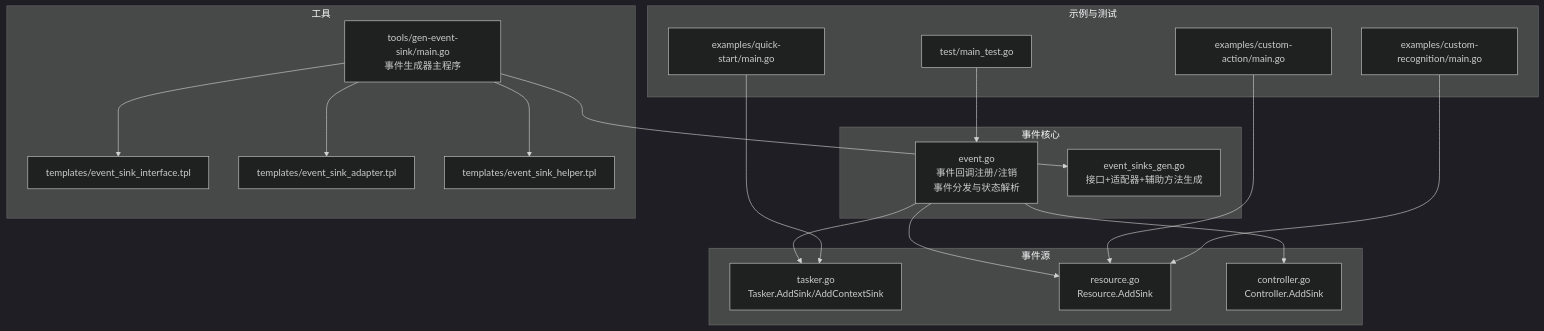
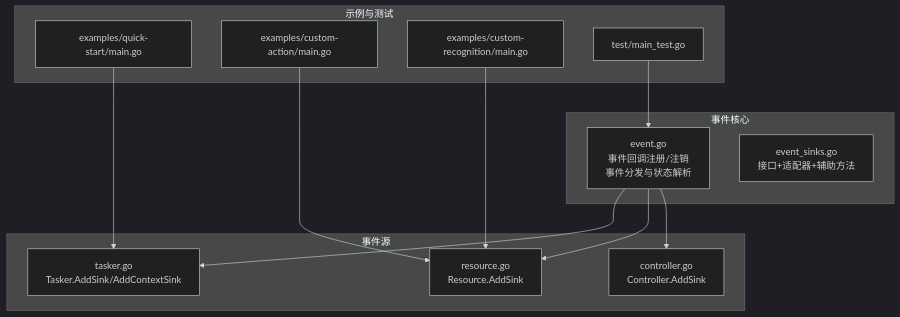
One commit to kqcoxn/MaaPipelineEditor changed the first of 7 diagrams in instructions/maafw-golang/核心概念/事件系统 (Event System).md. Above: the diagram before and after it, drawn with Mermaid (dark theme). The commit also changed other lines of this file and 2 other files, not shown here.

````diff
--- a/instructions/maafw-golang/核心概念/事件系统 (Event System).md
+++ b/instructions/maafw-golang/核心概念/事件系统 (Event System).md
@@ -43,35 +41,25 @@
 ```mermaid
 graph TB
 subgraph "事件核心"
 E["event.go<br/>事件回调注册/注销<br/>事件分发与状态解析"]
-G["event_sinks_gen.go<br/>接口+适配器+辅助方法生成"]
+G["event_sinks.go<br/>接口+适配器+辅助方法"]
 end
 subgraph "事件源"
 T["tasker.go<br/>Tasker.AddSink/AddContextSink"]
 R["resource.go<br/>Resource.AddSink"]
 C["controller.go<br/>Controller.AddSink"]
-end
-subgraph "工具"
-M["tools/gen-event-sink/main.go<br/>事件生成器主程序"]
-TI["templates/event_sink_interface.tpl"]
-TA["templates/event_sink_adapter.tpl"]
-TH["templates/event_sink_helper.tpl"]
 end
 subgraph "示例与测试"
 QS["examples/quick-start/main.go"]
 CA["examples/custom-action/main.go"]
 CR["examples/custom-recognition/main.go"]
 TM["test/main_test.go"]
 end
 E --> T
 E --> R
 E --> C
-M --> G
-M --> TI
-M --> TA
-M --> TH
 QS --> T
 CA --> R
 CR --> R
 TM --> E
 ```
````
